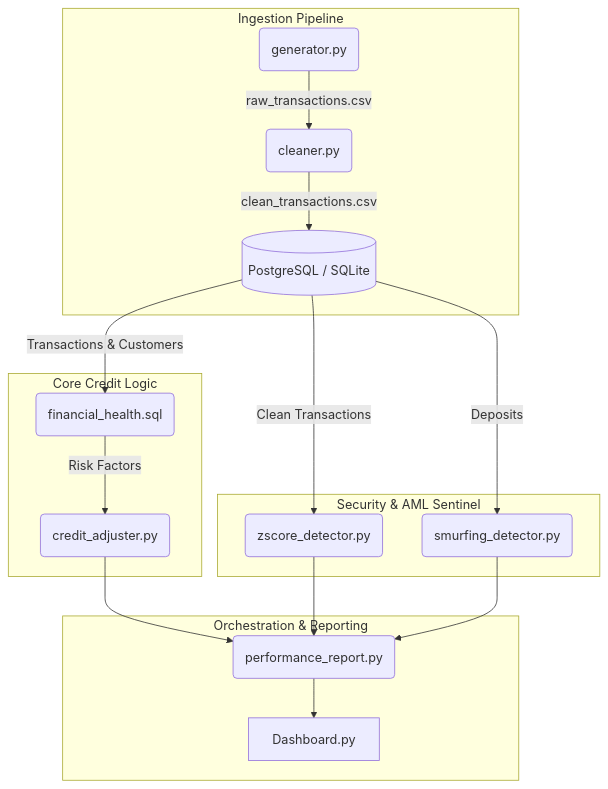
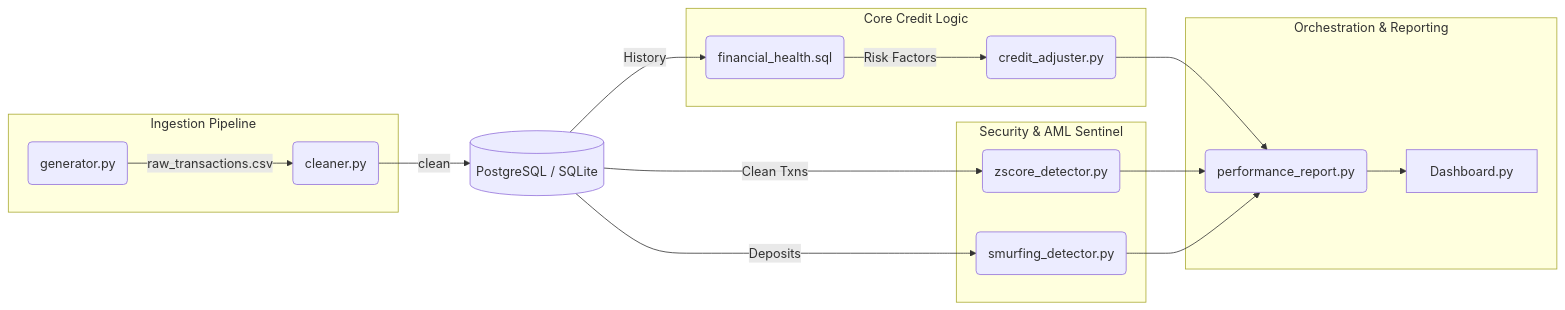
One commit to moisesvarelalopez/fintech-risk-engine changed the diagram in README.md. Above: the diagram before and after it, drawn with Mermaid.

Commit message:
style(docs): fix overlapping mermaid diagram layout

````diff
--- a/README.md
+++ b/README.md
@@ -17,21 +17,31 @@
 ```mermaid
-graph TD
-    subgraph Ingestion Pipeline
+graph LR
+    subgraph Ingestion["Ingestion Pipeline"]
         A(generator.py) -->|raw_transactions.csv| B(cleaner.py)
-        B -->|clean_transactions.csv| DB[(PostgreSQL / SQLite)]
     end
-    subgraph Core Credit Logic
-        DB -->|Transactions & Customers| C(financial_health.sql)
-        C -->|Risk Factors| D(credit_adjuster.py)
+
+    DB[(PostgreSQL / SQLite)]
+    B -->|clean| DB
+
+    subgraph Credit["Core Credit Logic"]
+        C(financial_health.sql) -->|Risk Factors| D(credit_adjuster.py)
     end
-    subgraph Security & AML Sentinel
-        DB -->|Clean Transactions| E(zscore_detector.py)
-        DB -->|Deposits| F(smurfing_detector.py)
+
+    DB -->|History| C
+
+    subgraph AML["Security & AML Sentinel"]
+        E(zscore_detector.py)
+        F(smurfing_detector.py)
     end
-    subgraph Orchestration & Reporting
-        D --> R(performance_report.py)
-        E --> R
-        F --> R
-        R --> Dash[Dashboard.py]
+
+    DB -->|Clean Txns| E
+    DB -->|Deposits| F
+
+    subgraph Orchestration["Orchestration & Reporting"]
+        R(performance_report.py) --> Dash[Dashboard.py]
     end
+
+    D --> R
+    E --> R
+    F --> R
 ```
````
